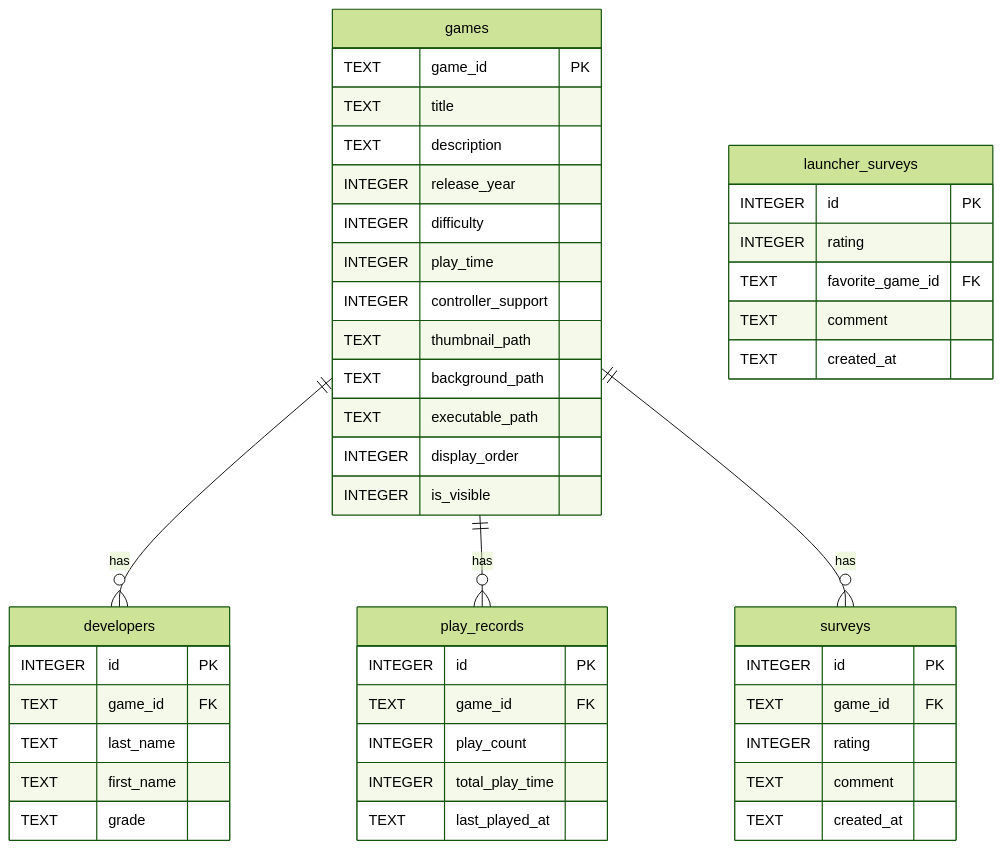
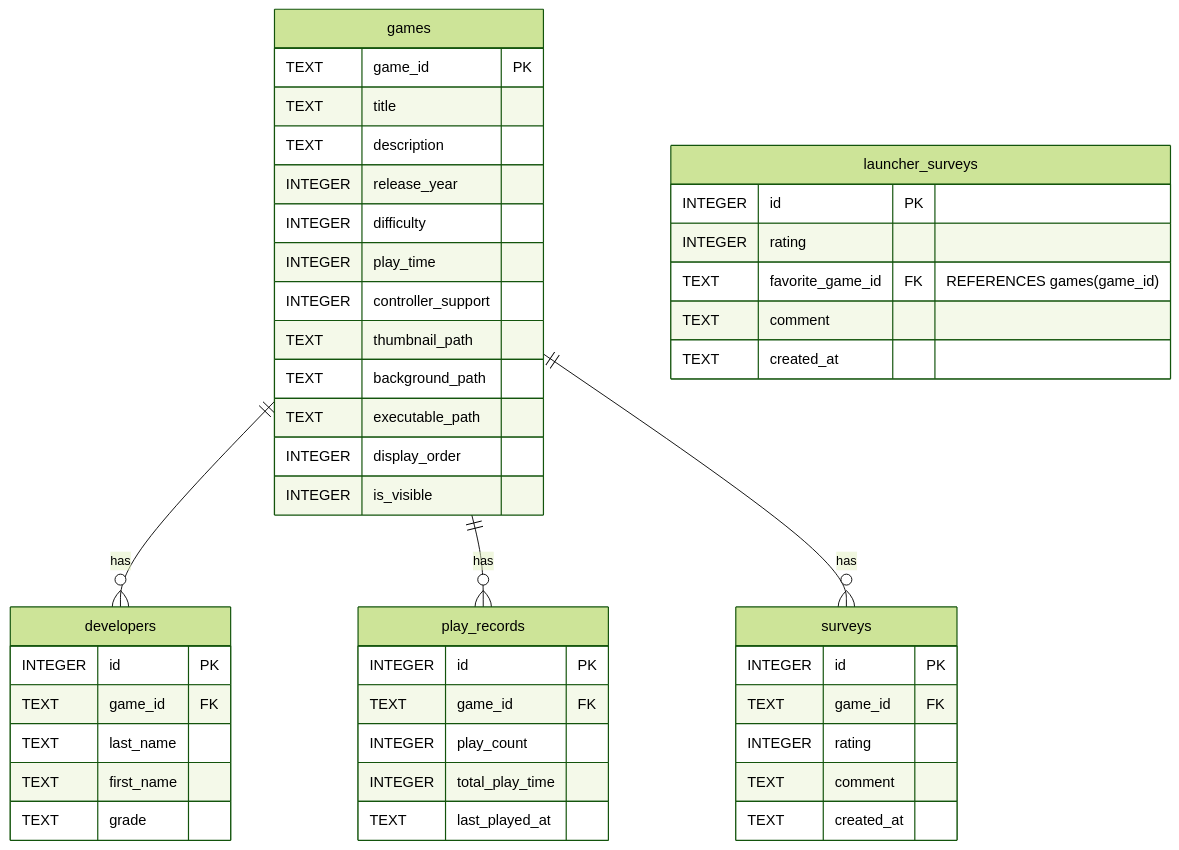
Before and after one commit to ken1208git/TonePrism: the second of 2 diagrams in SPECIFICATION.md, drawn with Mermaid (forest theme). The commit also changed 1 other file, not shown here.

Commit message:
fix: launcher_surveysテーブルにfavorite_game_idの外部キー制約を追加 (PR指摘対応)

````diff
--- a/SPECIFICATION.md
+++ b/SPECIFICATION.md
@@ -1294,48 +1294,48 @@
 ```mermaid
 erDiagram
     games ||--o{ developers : "has"
     games ||--o{ play_records : "has"
     games ||--o{ surveys : "has"
     games {
         TEXT game_id PK
         TEXT title
         TEXT description
         INTEGER release_year
         INTEGER difficulty
         INTEGER play_time
         INTEGER controller_support
         TEXT thumbnail_path
         TEXT background_path
         TEXT executable_path
         INTEGER display_order
         INTEGER is_visible
     }
     developers {
         INTEGER id PK
         TEXT game_id FK
         TEXT last_name
         TEXT first_name
         TEXT grade
     }
     play_records {
         INTEGER id PK
         TEXT game_id FK
         INTEGER play_count
         INTEGER total_play_time
         TEXT last_played_at
     }
     surveys {
         INTEGER id PK
         TEXT game_id FK
         INTEGER rating
         TEXT comment
         TEXT created_at
     }
     launcher_surveys {
         INTEGER id PK
         INTEGER rating
-        TEXT favorite_game_id FK
+        TEXT favorite_game_id FK "REFERENCES games(game_id)"
         TEXT comment
         TEXT created_at
     }
 ```
````
